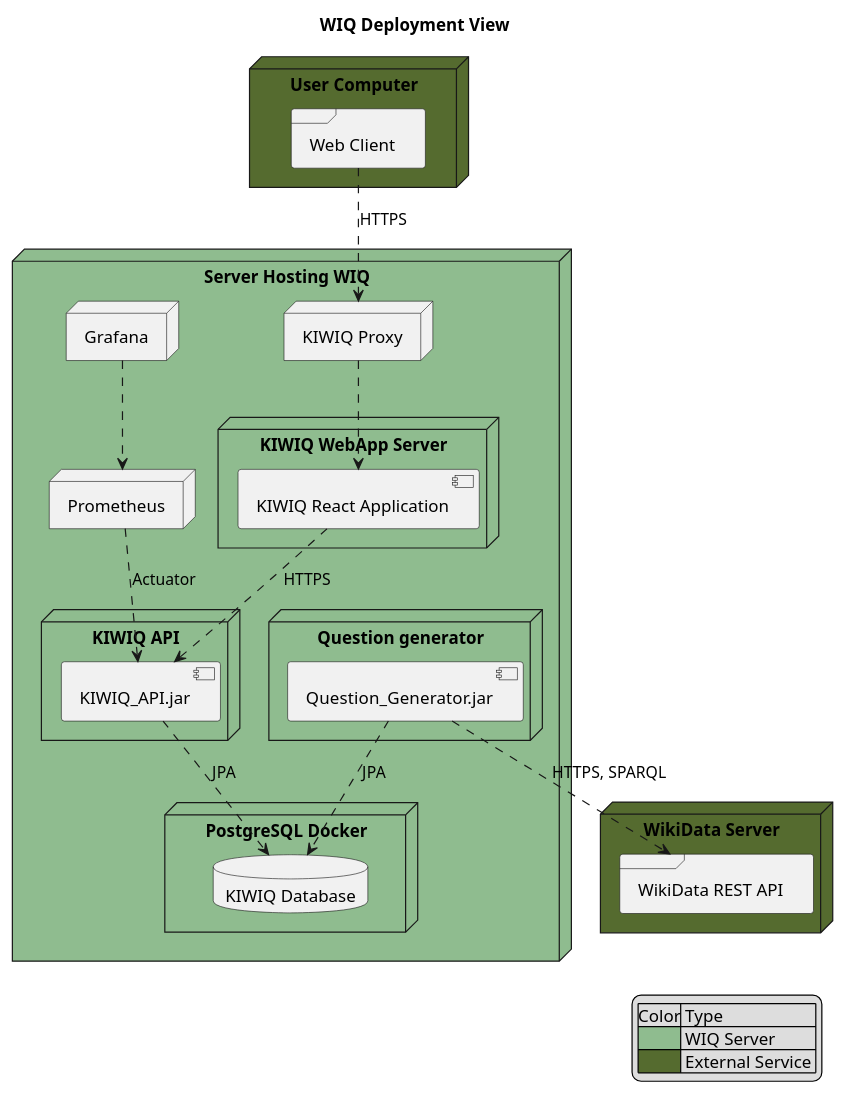
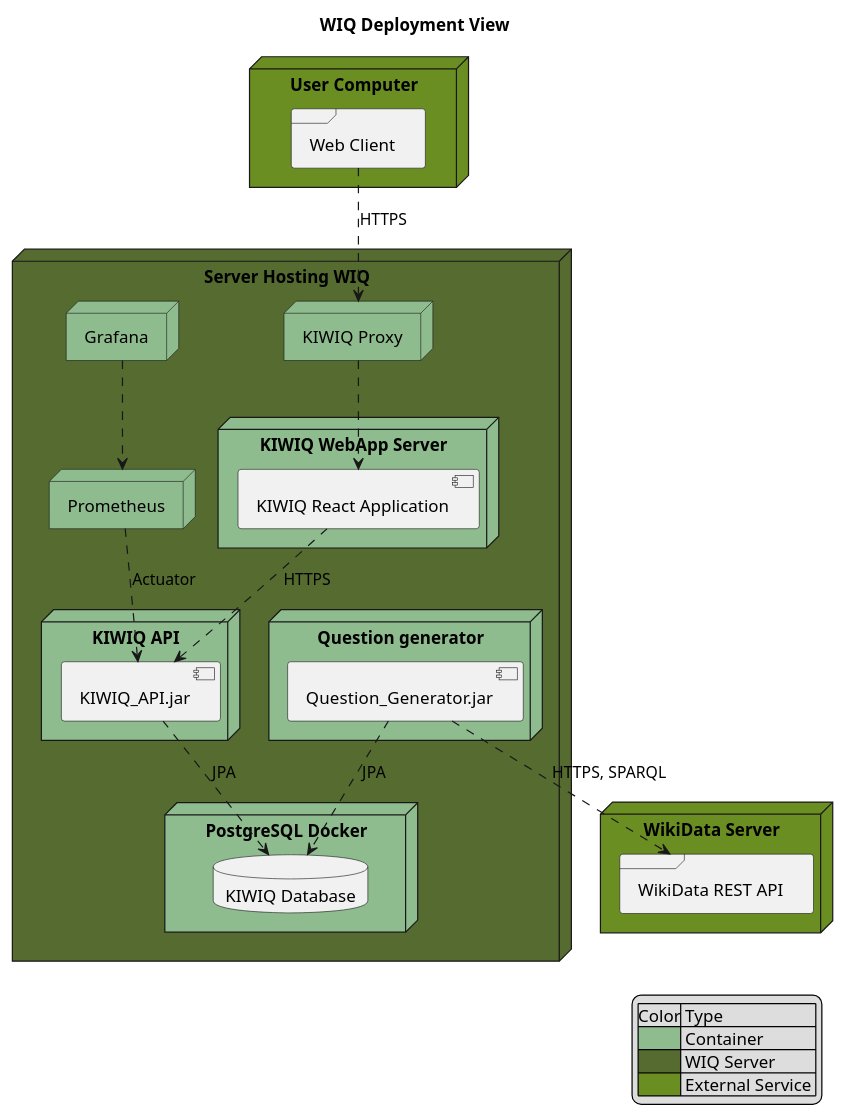
Before and after one commit to Arquisoft/wiq_en2b: the diagram in docs/diagrams/deployment/DeploymentDiagramLevel1.puml, drawn with PlantUML. The commit also changed 2 other files, not shown here.

```diff
--- a/docs/diagrams/deployment/DeploymentDiagramLevel1.puml
+++ b/docs/diagrams/deployment/DeploymentDiagramLevel1.puml
@@ -1,42 +1,43 @@
 @startuml
 
 title WIQ Deployment View
 
 legend right
     |Color| Type |
-    |<#darkseagreen>| WIQ Server |
-    |<#darkolivegreen>| External Service |
+    |<#darkseagreen>| Container |
+    |<#darkolivegreen>| WIQ Server |
+    |<#OliveDrab>| External Service |
 end legend
 
-node "Server Hosting WIQ" #darkseagreen {
-  node "KIWIQ Proxy"
-  node "KIWIQ WebApp Server" {
+node "Server Hosting WIQ" #darkolivegreen {
+  node "KIWIQ Proxy" #darkseagreen
+  node "KIWIQ WebApp Server" #darkseagreen {
     component "KIWIQ React Application"
   }
-  node "KIWIQ API"{
+  node "KIWIQ API" #darkseagreen{
       component "KIWIQ_API.jar"
   }
-  node "PostgreSQL Docker" {
+  node "PostgreSQL Docker" #darkseagreen{
     database "KIWIQ Database"
   }
-  node "Question generator" {
+  node "Question generator" #darkseagreen{
     component "Question_Generator.jar"
   }
-  node "Grafana"
-  node "Prometheus"
+  node "Grafana" #darkseagreen
+  node "Prometheus" #darkseagreen
 }
-node "User Computer" #darkolivegreen{
+node "User Computer" #OliveDrab {
   frame "Web Client"
 }
-node "WikiData Server" #darkolivegreen {
+node "WikiData Server" #OliveDrab {
     frame "WikiData REST API"
 }
 "Web Client" ..> "KIWIQ Proxy" : "HTTPS"
 "KIWIQ Proxy" ..> "KIWIQ React Application"
 "KIWIQ React Application" ..> "KIWIQ_API.jar" : "HTTPS"
 "KIWIQ_API.jar" ..> "KIWIQ Database" : "JPA"
 "Question_Generator.jar" ..> "WikiData REST API" : "HTTPS, SPARQL"
 "Question_Generator.jar" ..> "KIWIQ Database" : "JPA"
 "Prometheus" ..> "KIWIQ_API.jar" : "Actuator"
 "Grafana" ..> "Prometheus"
 @enduml
```
